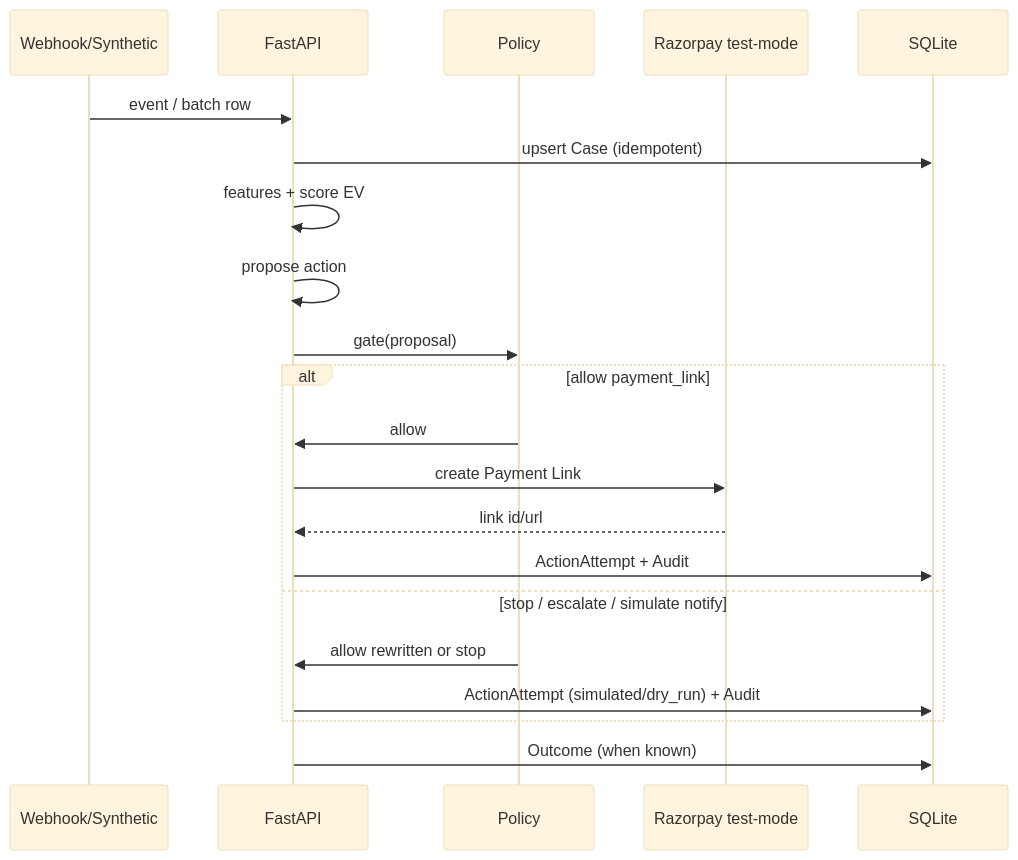
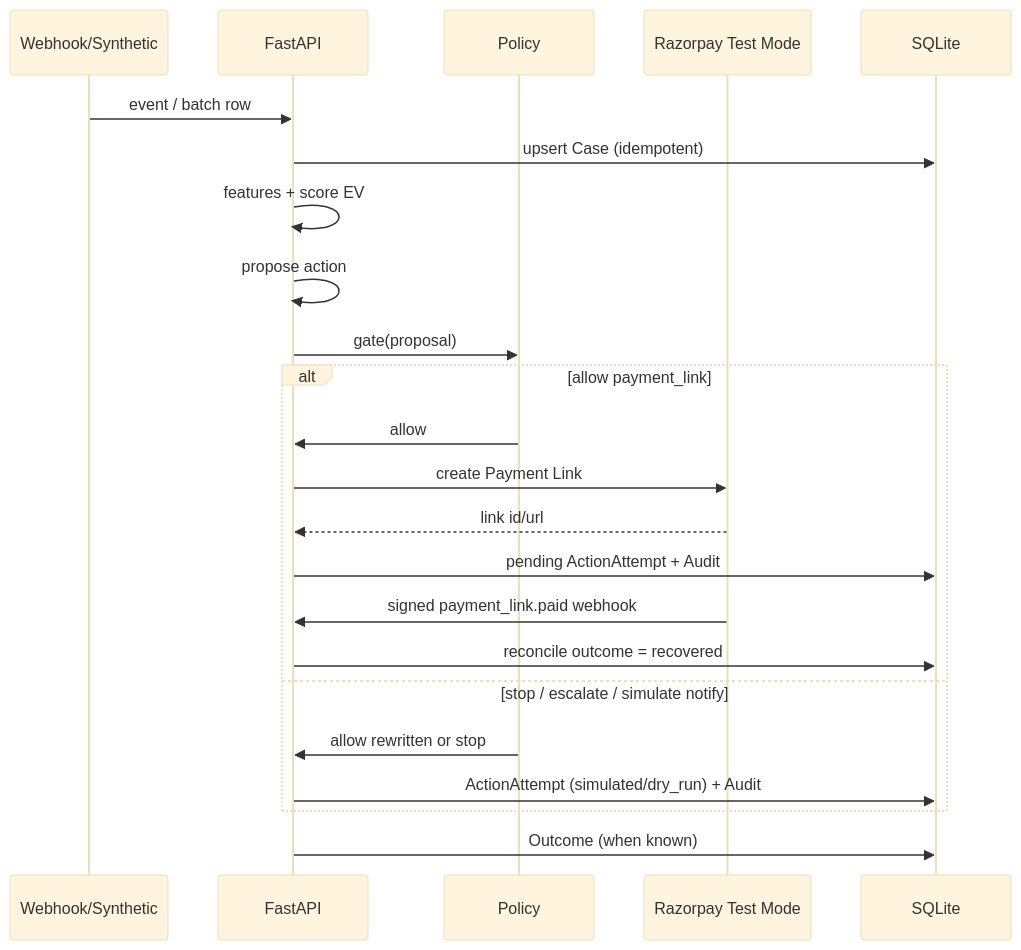
One commit to MUKUL-PRASAD-SIGH/Rebound changed the diagram in architecture/system-overview.md. Above: the diagram before and after it, drawn with Mermaid (base theme). The commit also changed other lines of this file and 37 other files, not shown here.

````diff
--- a/architecture/system-overview.md
+++ b/architecture/system-overview.md
@@ -33,24 +33,26 @@
 ```mermaid
 sequenceDiagram
   participant Src as Webhook/Synthetic
   participant API as FastAPI
   participant Pol as Policy
-  participant RZ as Razorpay test-mode
+  participant RZ as Razorpay Test Mode
   participant DB as SQLite
 
   Src->>API: event / batch row
   API->>DB: upsert Case (idempotent)
   API->>API: features + score EV
   API->>API: propose action
   API->>Pol: gate(proposal)
   alt allow payment_link
     Pol->>API: allow
     API->>RZ: create Payment Link
     RZ-->>API: link id/url
-    API->>DB: ActionAttempt + Audit
+    API->>DB: pending ActionAttempt + Audit
+    RZ->>API: signed payment_link.paid webhook
+    API->>DB: reconcile outcome = recovered
   else stop / escalate / simulate notify
     Pol->>API: allow rewritten or stop
     API->>DB: ActionAttempt (simulated/dry_run) + Audit
   end
   API->>DB: Outcome (when known)
 ```
````
